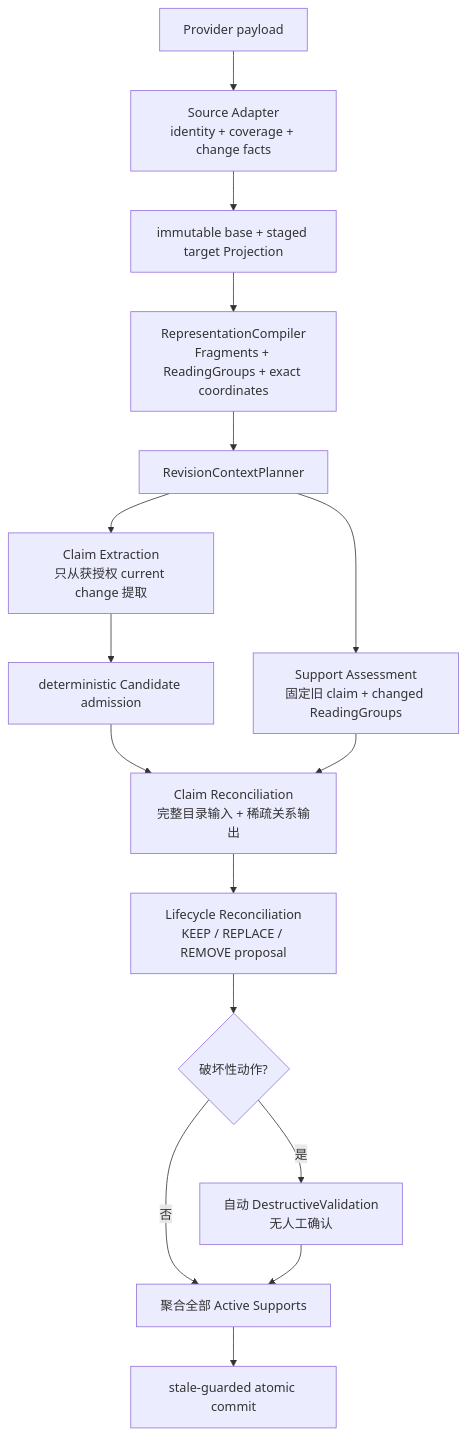
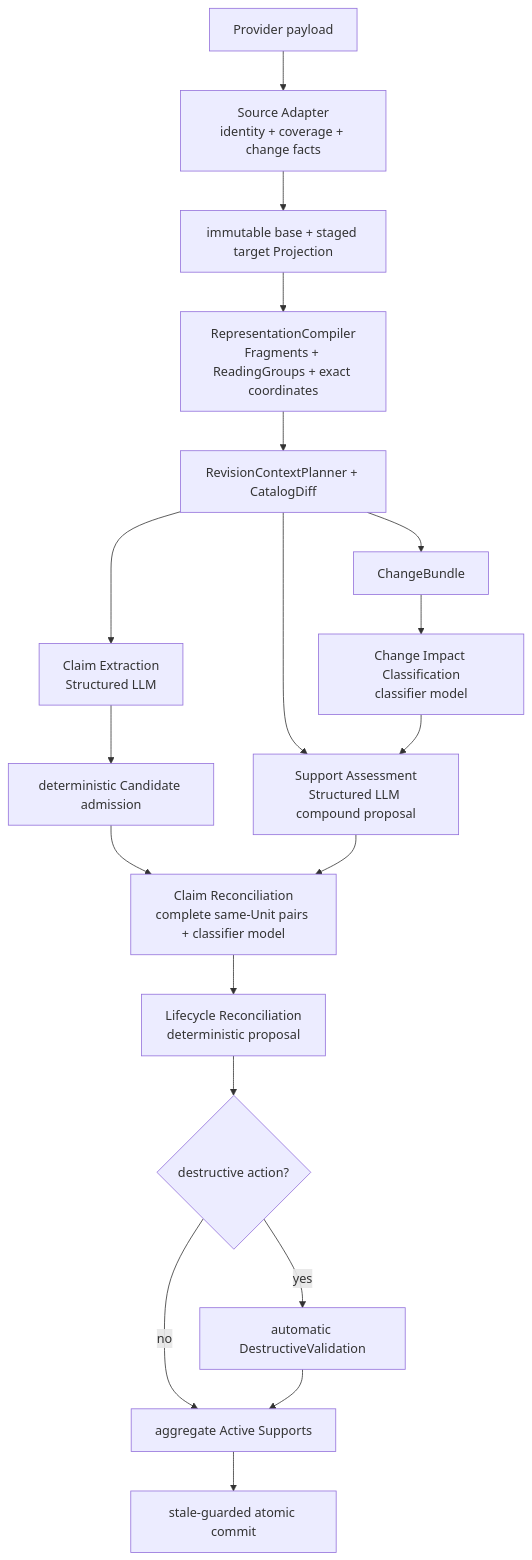
Before and after one commit to shno-labs/mem-forge: the first of 2 diagrams in docs/design/source-sync-to-memory.md, drawn with Mermaid. The commit also changed other lines of this file and 4 other files, not shown here.

Commit message:
docs: finalize classifier and support assessment contracts

````diff
--- a/docs/design/source-sync-to-memory.md
+++ b/docs/design/source-sync-to-memory.md
@@ -29,18 +29,28 @@
 ```mermaid
 flowchart TD
-    A[Provider payload] --> B[Source Adapter\nidentity + coverage + change facts]
+    A[Provider payload] --> B[Source Adapter
+identity + coverage + change facts]
     B --> C[immutable base + staged target Projection]
-    C --> R[RepresentationCompiler\nFragments + ReadingGroups + exact coordinates]
-    R --> D[RevisionContextPlanner]
-    D --> E[Claim Extraction\n只从获授权 current change 提取]
-    D --> F[Support Assessment\n固定旧 claim + changed ReadingGroups]
+    C --> R[RepresentationCompiler
+Fragments + ReadingGroups + exact coordinates]
+    R --> D[RevisionContextPlanner + CatalogDiff]
+    D --> E[Claim Extraction
+Structured LLM]
+    D --> X[ChangeBundle]
+    X --> Y[Change Impact Classification
+classifier model]
+    D --> F[Support Assessment
+Structured LLM compound proposal]
+    Y --> F
     E --> G[deterministic Candidate admission]
-    G --> H[Claim Reconciliation\n完整目录输入 + 稀疏关系输出]
+    G --> H[Claim Reconciliation
+complete same-Unit pairs + classifier model]
     F --> H
-    H --> I[Lifecycle Reconciliation\nKEEP / REPLACE / REMOVE proposal]
-    I --> J{破坏性动作?}
-    J -- 否 --> L[聚合全部 Active Supports]
-    J -- 是 --> K[自动 DestructiveValidation\n无人工确认]
+    H --> I[Lifecycle Reconciliation
+deterministic proposal]
+    I --> J{destructive action?}
+    J -- no --> L[aggregate Active Supports]
+    J -- yes --> K[automatic DestructiveValidation]
     K --> L
     L --> M[stale-guarded atomic commit]
 ```
````
